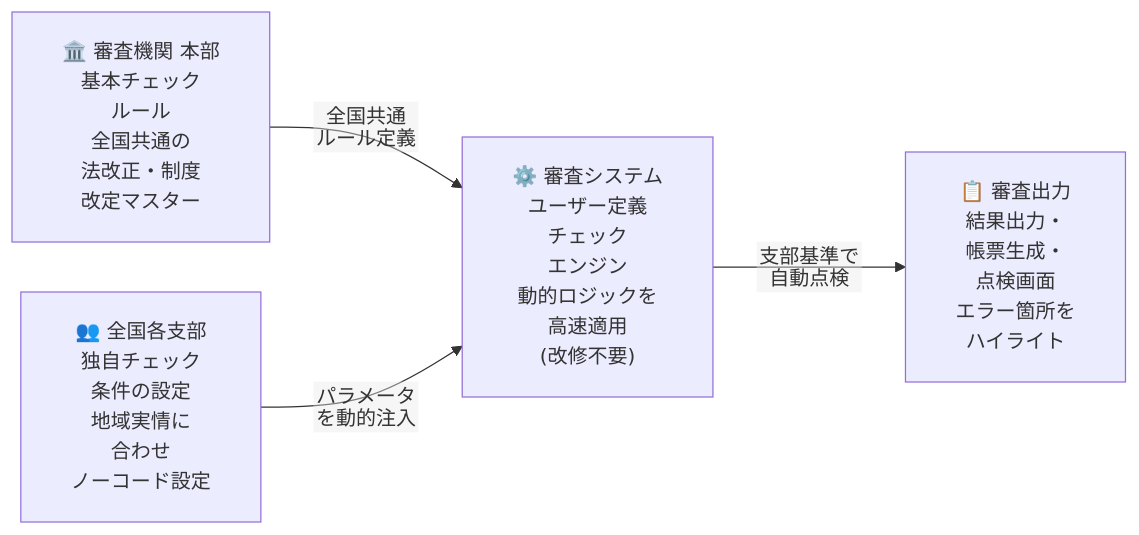
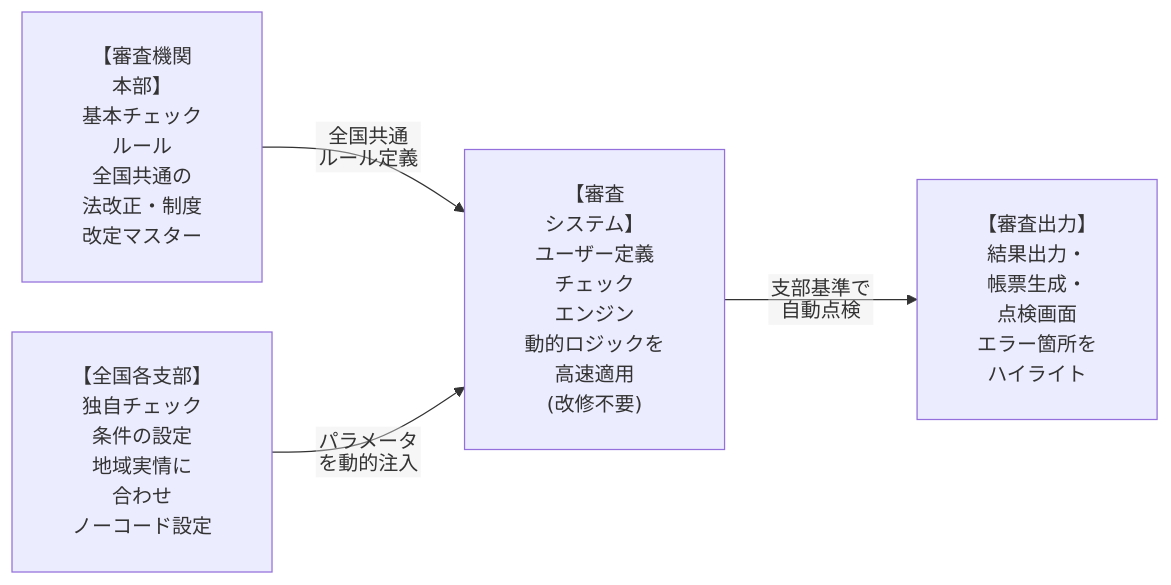
One commit to imo96/service-planning-architecture-portfolio changed the third of 4 diagrams in README.md. Above: the diagram before and after it, drawn with Mermaid. The commit also changed other lines of this file, not shown here.

First line of the commit message:
Mermaid図: 絵文字を外し1行をさらに短縮して見切れを解消

````diff
--- a/README.md
+++ b/README.md
@@ -131,12 +131,12 @@
 ```mermaid
-%%{init: {"flowchart": {"htmlLabels": false, "padding": 20, "nodeSpacing": 40, "rankSpacing": 70}}}%%
+%%{init: {"flowchart": {"htmlLabels": false, "padding": 24, "nodeSpacing": 40, "rankSpacing": 70}}}%%
 flowchart LR
-    H["🏛️ 審査機関 本部<br>基本チェック<br>ルール<br>全国共通の<br>法改正・制度<br>改定マスター"]
-    B["👥 全国各支部<br>独自チェック<br>条件の設定<br>地域実情に<br>合わせ<br>ノーコード設定"]
-    E["⚙️ 審査システム<br>ユーザー定義<br>チェック<br>エンジン<br>動的ロジックを<br>高速適用<br>(改修不要)"]
-    O["📋 審査出力<br>結果出力・<br>帳票生成・<br>点検画面<br>エラー箇所を<br>ハイライト"]
+    H["【審査機関<br>本部】<br>基本チェック<br>ルール<br>全国共通の<br>法改正・制度<br>改定マスター"]
+    B["【全国各支部】<br>独自チェック<br>条件の設定<br>地域実情に<br>合わせ<br>ノーコード設定"]
+    E["【審査<br>システム】<br>ユーザー定義<br>チェック<br>エンジン<br>動的ロジックを<br>高速適用<br>(改修不要)"]
+    O["【審査出力】<br>結果出力・<br>帳票生成・<br>点検画面<br>エラー箇所を<br>ハイライト"]
 
     H -->|"全国共通<br>ルール定義"| E
     B -->|"パラメータ<br>を動的注入"| E
     E -->|"支部基準で<br>自動点検"| O
 ```
````
